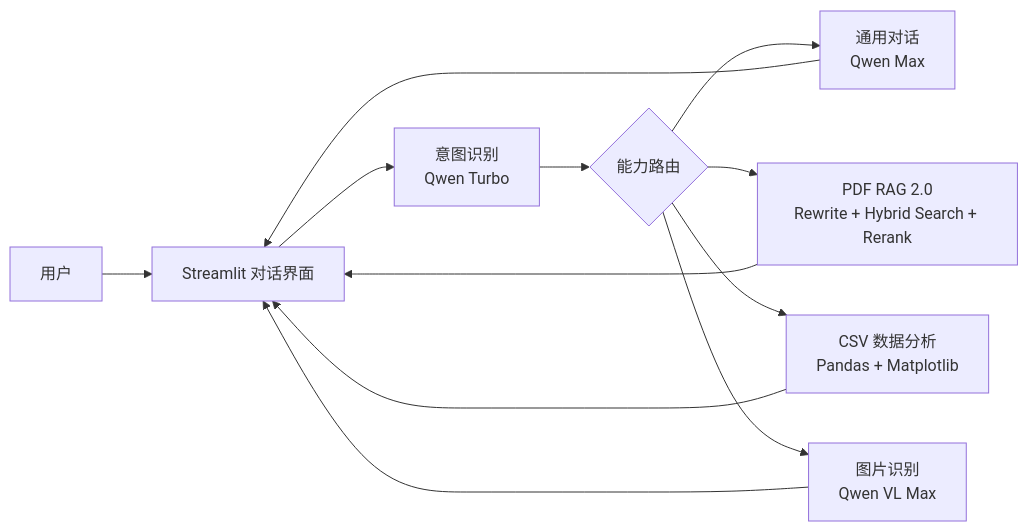
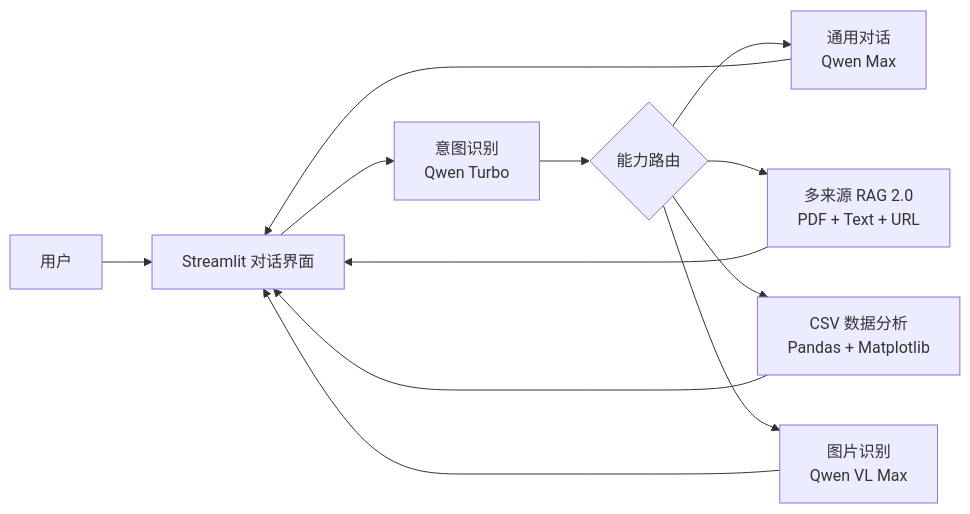
The diagram in README.md (ChiYuouo/chat-bot), drawn with Mermaid before and after one commit. The commit also changed other lines of this file and 15 other files, not shown here.

````diff
--- a/README.md
+++ b/README.md
@@ -16,11 +16,11 @@
 ```mermaid
 flowchart LR
     U[用户] --> UI[Streamlit 对话界面]
     UI --> I[意图识别<br/>Qwen Turbo]
     I --> R{能力路由}
     R --> G[通用对话<br/>Qwen Max]
-    R --> D[PDF RAG 2.0<br/>Rewrite + Hybrid Search + Rerank]
+    R --> D[多来源 RAG 2.0<br/>PDF + Text + URL]
     R --> A[CSV 数据分析<br/>Pandas + Matplotlib]
     R --> V[图片识别<br/>Qwen VL Max]
     G & D & A & V --> UI
 ```
````
